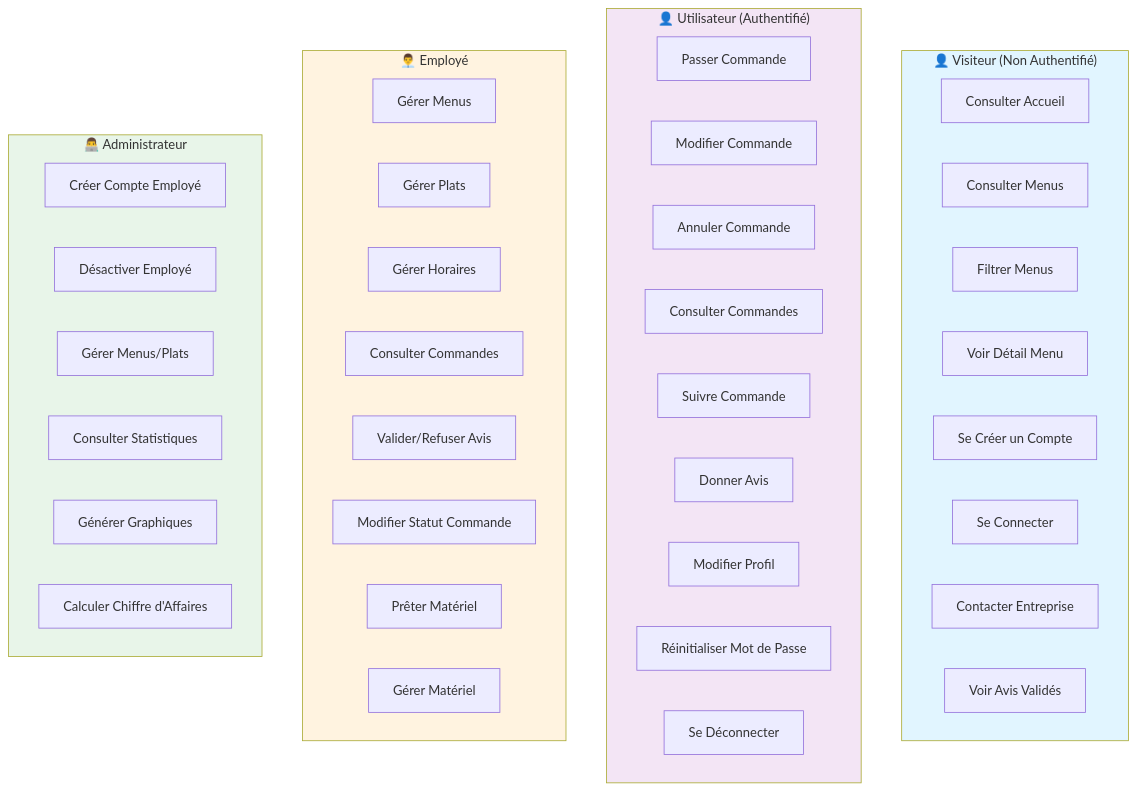
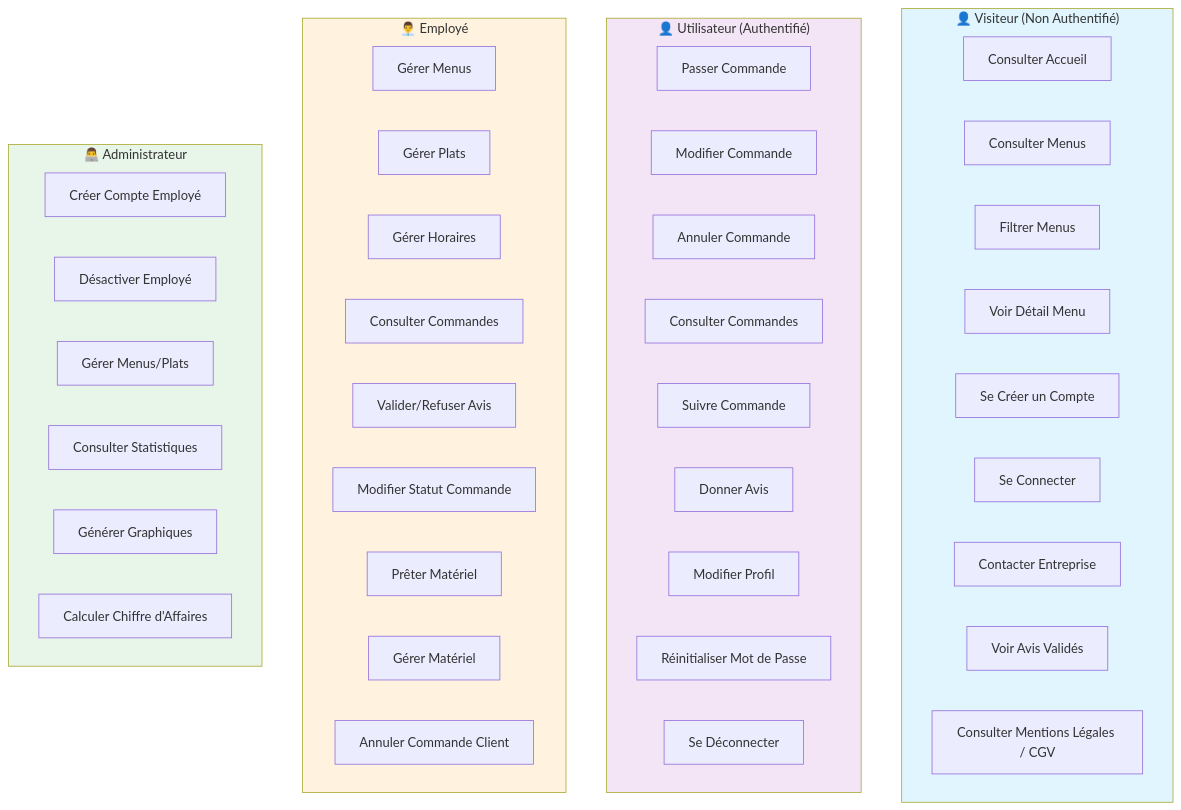
One commit to maxroe66/vite-gourmand changed the first of 2 diagrams in docs/diagrammes/diagramme_cas_utilisation/diagramme_cas_utilisation.md. Above: the diagram before and after it, drawn with Mermaid. The commit also changed other lines of this file and 12 other files, not shown here.

First line of the commit message:
docs: refonte complète de la documentation technique et mise à jour des diagrammes

````diff
--- a/docs/diagrammes/diagramme_cas_utilisation/diagramme_cas_utilisation.md
+++ b/docs/diagrammes/diagramme_cas_utilisation/diagramme_cas_utilisation.md
@@ -5,50 +9,52 @@
 ```mermaid
 graph TB
     subgraph Visiteur["👤 Visiteur (Non Authentifié)"]
         V1["Consulter Accueil"]
         V2["Consulter Menus"]
         V3["Filtrer Menus"]
         V4["Voir Détail Menu"]
         V5["Se Créer un Compte"]
         V6["Se Connecter"]
         V7["Contacter Entreprise"]
         V8["Voir Avis Validés"]
+        V9["Consulter Mentions Légales / CGV"]
     end
 
     subgraph Utilisateur["👤 Utilisateur (Authentifié)"]
         U1["Passer Commande"]
         U2["Modifier Commande"]
         U3["Annuler Commande"]
         U4["Consulter Commandes"]
         U5["Suivre Commande"]
         U6["Donner Avis"]
         U7["Modifier Profil"]
         U8["Réinitialiser Mot de Passe"]
         U9["Se Déconnecter"]
     end
 
     subgraph Employe["👨‍💼 Employé"]
         E1["Gérer Menus"]
         E2["Gérer Plats"]
         E3["Gérer Horaires"]
         E4["Consulter Commandes"]
         E5["Valider/Refuser Avis"]
         E6["Modifier Statut Commande"]
         E7["Prêter Matériel"]
         E8["Gérer Matériel"]
+        E9["Annuler Commande Client"]
     end
 
     subgraph Admin["👨‍💻 Administrateur"]
         A1["Créer Compte Employé"]
         A2["Désactiver Employé"]
         A3["Gérer Menus/Plats"]
         A4["Consulter Statistiques"]
         A5["Générer Graphiques"]
         A6["Calculer Chiffre d'Affaires"]
     end
 
     style Visiteur fill:#e1f5ff
     style Utilisateur fill:#f3e5f5
     style Employe fill:#fff3e0
     style Admin fill:#e8f5e9
 ```
````
